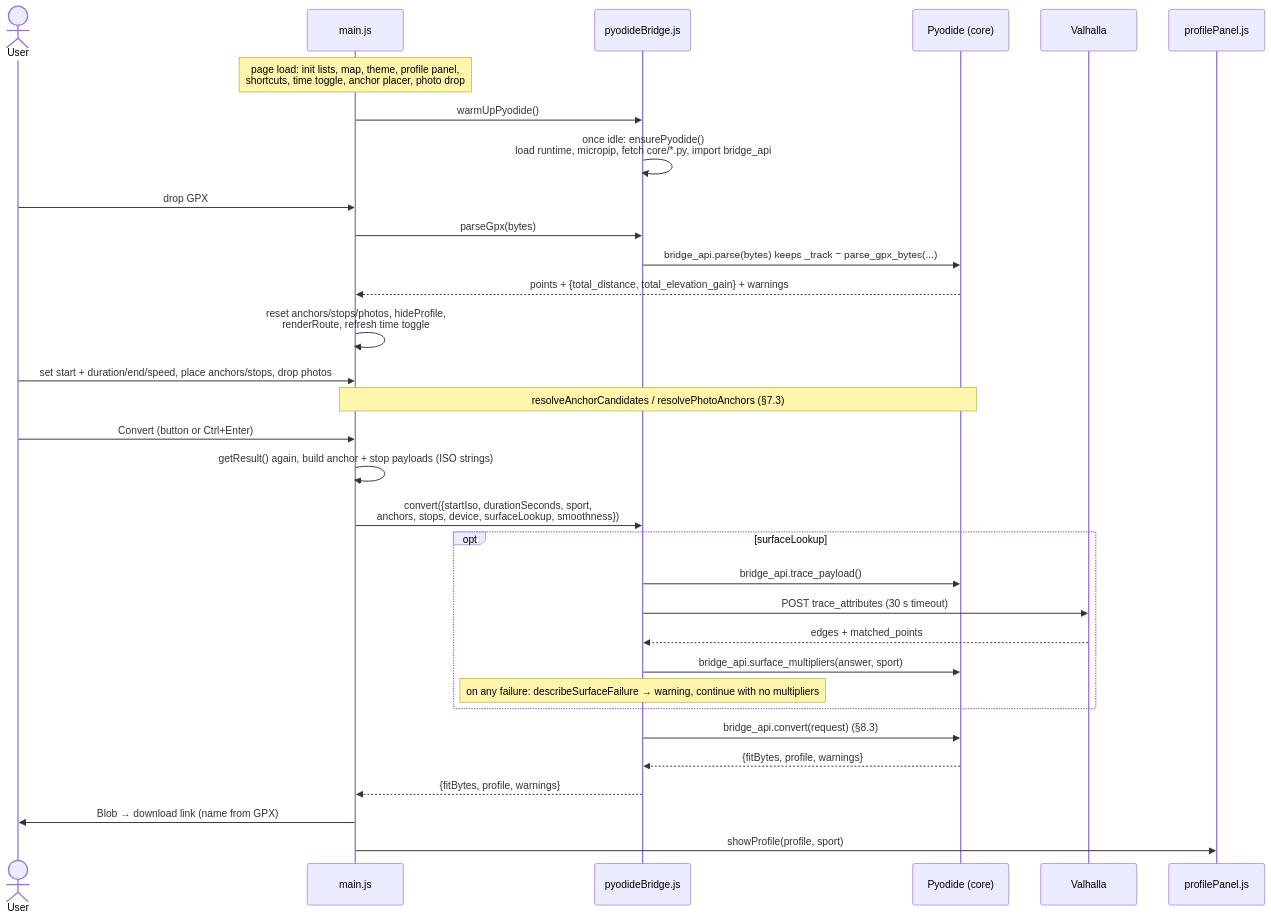
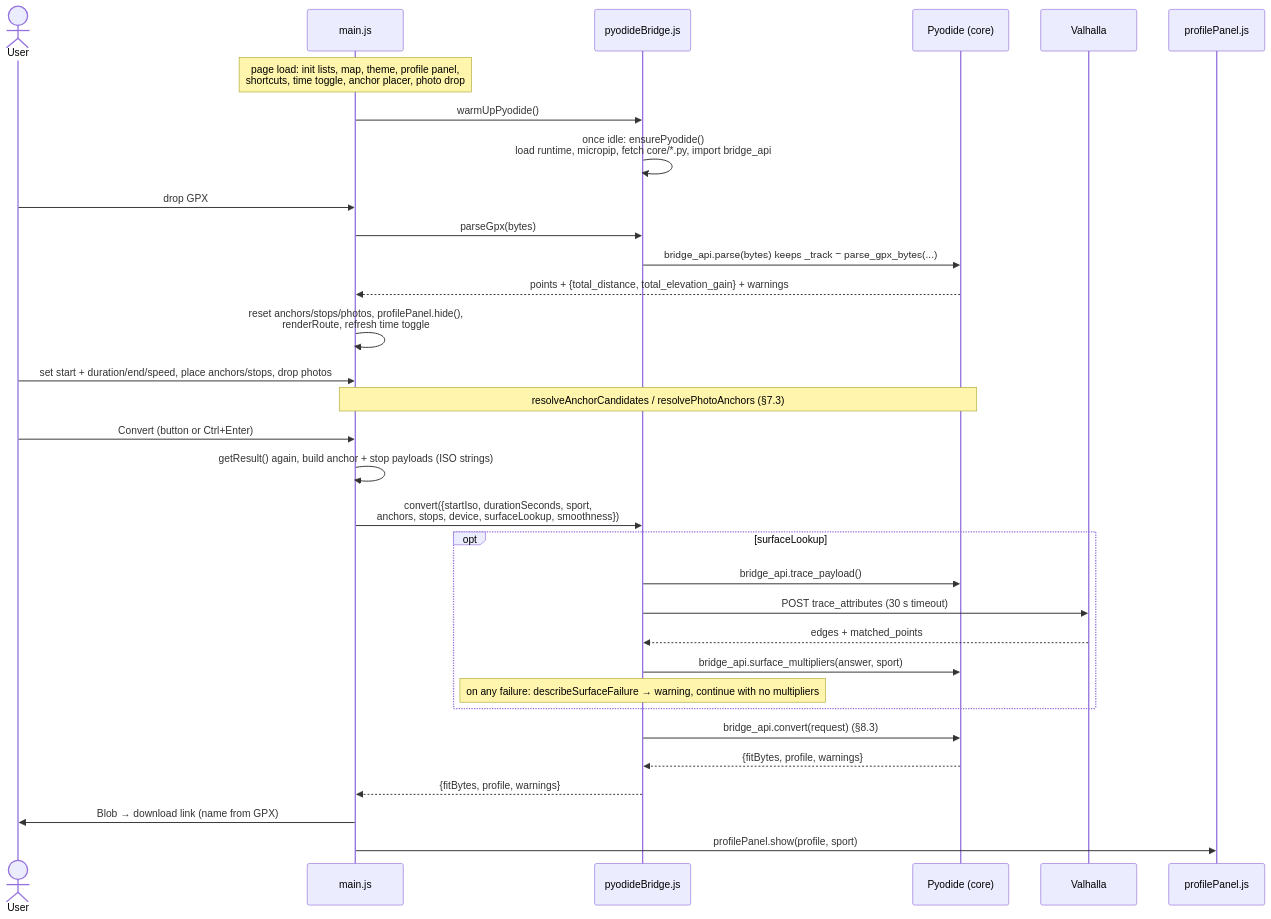
Before and after one commit to martin-iflap/GPX_to_FIT: diagram 14 of 16 in docs/ARCHITECTURE.md, drawn with Mermaid. The commit also changed other lines of this file and 72 other files, not shown here.

````diff
--- a/docs/ARCHITECTURE.md
+++ b/docs/ARCHITECTURE.md
@@ -1109,35 +1200,35 @@
 ```mermaid
 sequenceDiagram
   actor U as User
   participant Main as main.js
   participant B as pyodideBridge.js
   participant Py as Pyodide (core)
   participant V as Valhalla
   participant PP as profilePanel.js
 
   Note over Main: page load: init lists, map, theme, profile panel,<br/>shortcuts, time toggle, anchor placer, photo drop
   Main->>B: warmUpPyodide()
   B->>B: once idle: ensurePyodide()<br/>load runtime, micropip, fetch core/*.py, import bridge_api
   U->>Main: drop GPX
   Main->>B: parseGpx(bytes)
   B->>Py: bridge_api.parse(bytes) keeps _track = parse_gpx_bytes(...)
   Py-->>Main: points + {total_distance, total_elevation_gain} + warnings
-  Main->>Main: reset anchors/stops/photos, hideProfile,<br/>renderRoute, refresh time toggle
+  Main->>Main: reset anchors/stops/photos, profilePanel.hide(),<br/>renderRoute, refresh time toggle
   U->>Main: set start + duration/end/speed, place anchors/stops, drop photos
   Note over Main,Py: resolveAnchorCandidates / resolvePhotoAnchors (§7.3)
   U->>Main: Convert (button or Ctrl+Enter)
   Main->>Main: getResult() again, build anchor + stop payloads (ISO strings)
   Main->>B: convert({startIso, durationSeconds, sport,<br/>anchors, stops, device, surfaceLookup, smoothness})
   opt surfaceLookup
     B->>Py: bridge_api.trace_payload()
     B->>V: POST trace_attributes (30 s timeout)
     V-->>B: edges + matched_points
     B->>Py: bridge_api.surface_multipliers(answer, sport)
     Note over B: on any failure: describeSurfaceFailure → warning, continue with no multipliers
   end
   B->>Py: bridge_api.convert(request) (§8.3)
   Py-->>B: {fitBytes, profile, warnings}
   B-->>Main: {fitBytes, profile, warnings}
   Main->>U: Blob → download link (name from GPX)
-  Main->>PP: showProfile(profile, sport)
+  Main->>PP: profilePanel.show(profile, sport)
 ```
````
